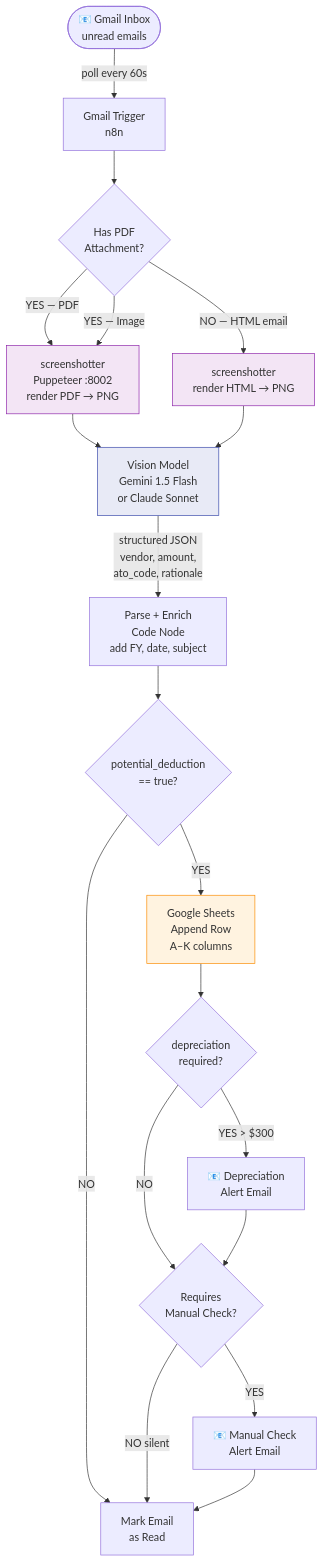
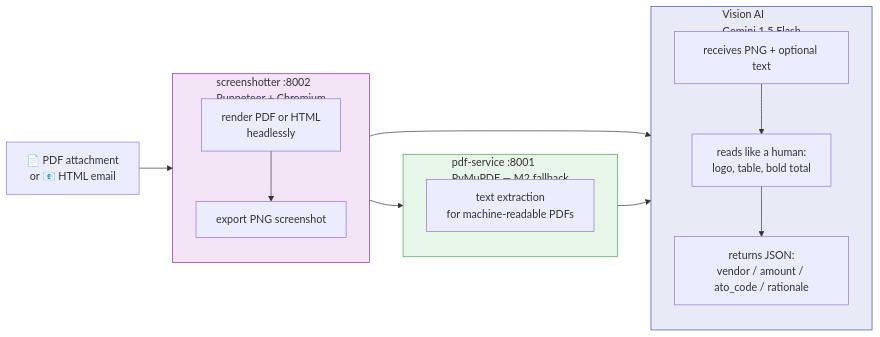
The diagram in ARCHITECTURE.md (gcloudan/tax-automation), drawn with Mermaid before and after one commit. The commit also changed other lines of this file, not shown here.

First line of the commit message:
Revise architecture for M3 processing pipeline

````diff
--- a/ARCHITECTURE.md
+++ b/ARCHITECTURE.md
@@ -50,37 +10,30 @@
 ```mermaid
-flowchart TD
-    A([📧 Gmail Inbox\nunread emails]) -->|poll every 60s| B[Gmail Trigger\nn8n]
+flowchart LR
+    A["📄 PDF attachment\nor 📧 HTML email"] --> B
 
-    B --> C{Has PDF\nAttachment?}
+    subgraph B["screenshotter :8002\nPuppeteer + Chromium"]
+        B1["render PDF or HTML\nheadlessly"]
+        B2["export PNG screenshot"]
+        B1 --> B2
+    end
 
-    C -->|YES — PDF| D[screenshotter\nPuppeteer :8002\nrender PDF → PNG]
-    C -->|YES — Image| D
-    C -->|NO — HTML email| D2[screenshotter\nrender HTML → PNG]
+    B --> C
 
-    D --> E[Vision Model\nGemini 1.5 Flash\nor Claude Sonnet]
-    D2 --> E
+    subgraph C["pdf-service :8001\nPyMuPDF — M2 fallback"]
+        C1["text extraction\nfor machine-readable PDFs"]
+    end
 
-    E -->|structured JSON\nvendor, amount,\nato_code, rationale| F[Parse + Enrich\nCode Node\nadd FY, date, subject]
+    B --> D
+    C --> D
 
-    F --> G{potential_deduction\n== true?}
+    subgraph D["Vision AI\nGemini 1.5 Flash"]
+        D1["receives PNG + optional text"]
+        D2["reads like a human:\nlogo, table, bold total"]
+        D3["returns JSON:\nvendor / amount / ato_code / rationale"]
+        D1 --> D2 --> D3
+    end
 
-    G -->|NO| K
-    G -->|YES| H[Google Sheets\nAppend Row\nA–K columns]
-
-    H --> I{depreciation\nrequired?}
-
-    I -->|YES > $300| J[📧 Depreciation\nAlert Email]
-    I -->|NO| L{Requires\nManual Check?}
-
-    J --> L
-
-    L -->|YES| M[📧 Manual Check\nAlert Email]
-    L -->|NO silent| K
-
-    M --> K[Mark Email\nas Read]
-
-    style D fill:#f3e5f5,stroke:#8e24aa
-    style D2 fill:#f3e5f5,stroke:#8e24aa
-    style E fill:#e8eaf6,stroke:#3949ab
-    style H fill:#fff3e0,stroke:#fb8c00
+    style B fill:#f3e5f5,stroke:#8e24aa
+    style C fill:#e8f5e9,stroke:#43a047
+    style D fill:#e8eaf6,stroke:#3949ab
 ```
````
